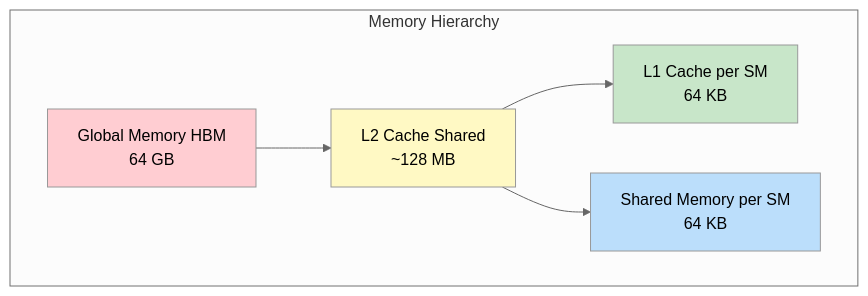
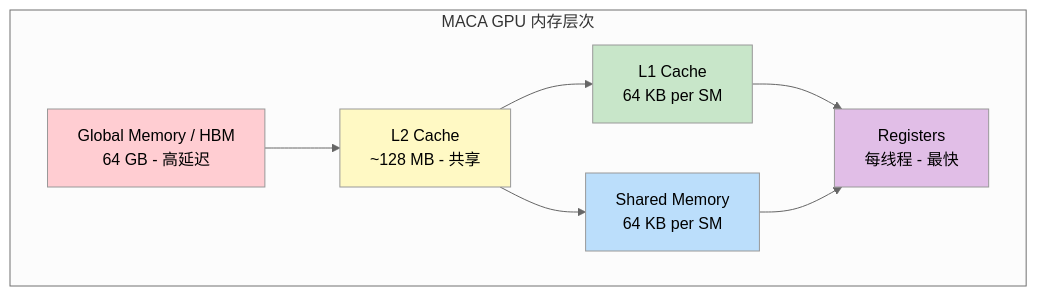
The second of 2 diagrams in docs/maca_complete_guide.md (chenxingqiang/YiRage), drawn with Mermaid (neutral theme) before and after one commit. The commit also changed other lines of this file and 7 other files, not shown here.

Commit message:
Refactor: Add Mermaid diagrams and improve Ascend/MACA docs

````diff
--- a/docs/maca_complete_guide.md
+++ b/docs/maca_complete_guide.md
@@ -744,16 +744,20 @@
 ```mermaid
 graph TB
-    subgraph "Memory Hierarchy"
-        A[Global Memory HBM<br/>64 GB]
-        B[L2 Cache Shared<br/>~128 MB]
-        C[L1 Cache per SM<br/>64 KB]
-        D[Shared Memory per SM<br/>64 KB]
+    subgraph "MACA GPU 内存层次"
+        A[Global Memory / HBM<br/>64 GB - 高延迟]
+        B[L2 Cache<br/>~128 MB - 共享]
+        C[L1 Cache<br/>64 KB per SM]
+        D[Shared Memory<br/>64 KB per SM]
+        E[Registers<br/>每线程 - 最快]
     end
 
-    A --> B --> C & D
+    A --> B
+    B --> C & D
+    C & D --> E
 
     style A fill:#ffcdd2
     style B fill:#fff9c4
     style C fill:#c8e6c9
     style D fill:#bbdefb
+    style E fill:#e1bee7
 ```
````
